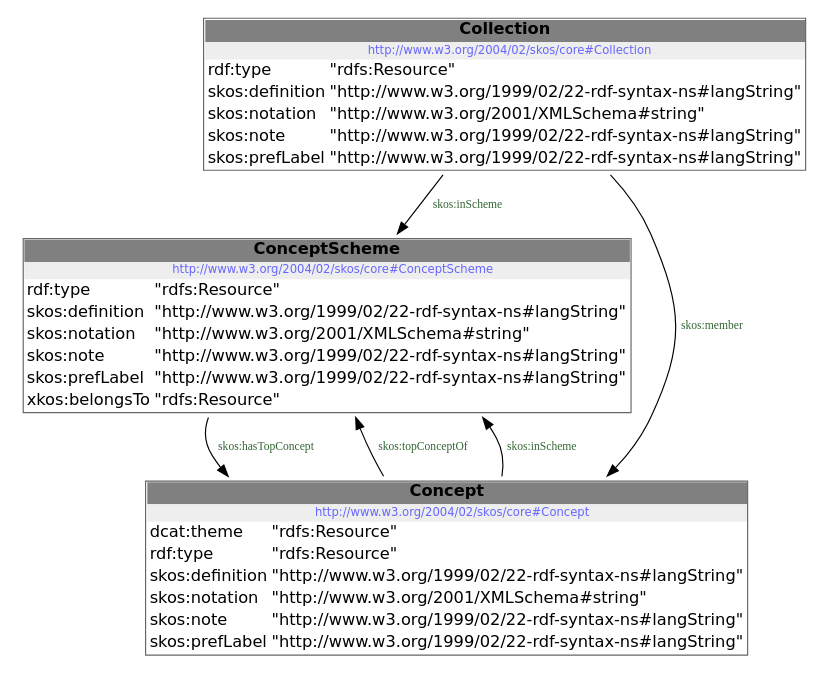
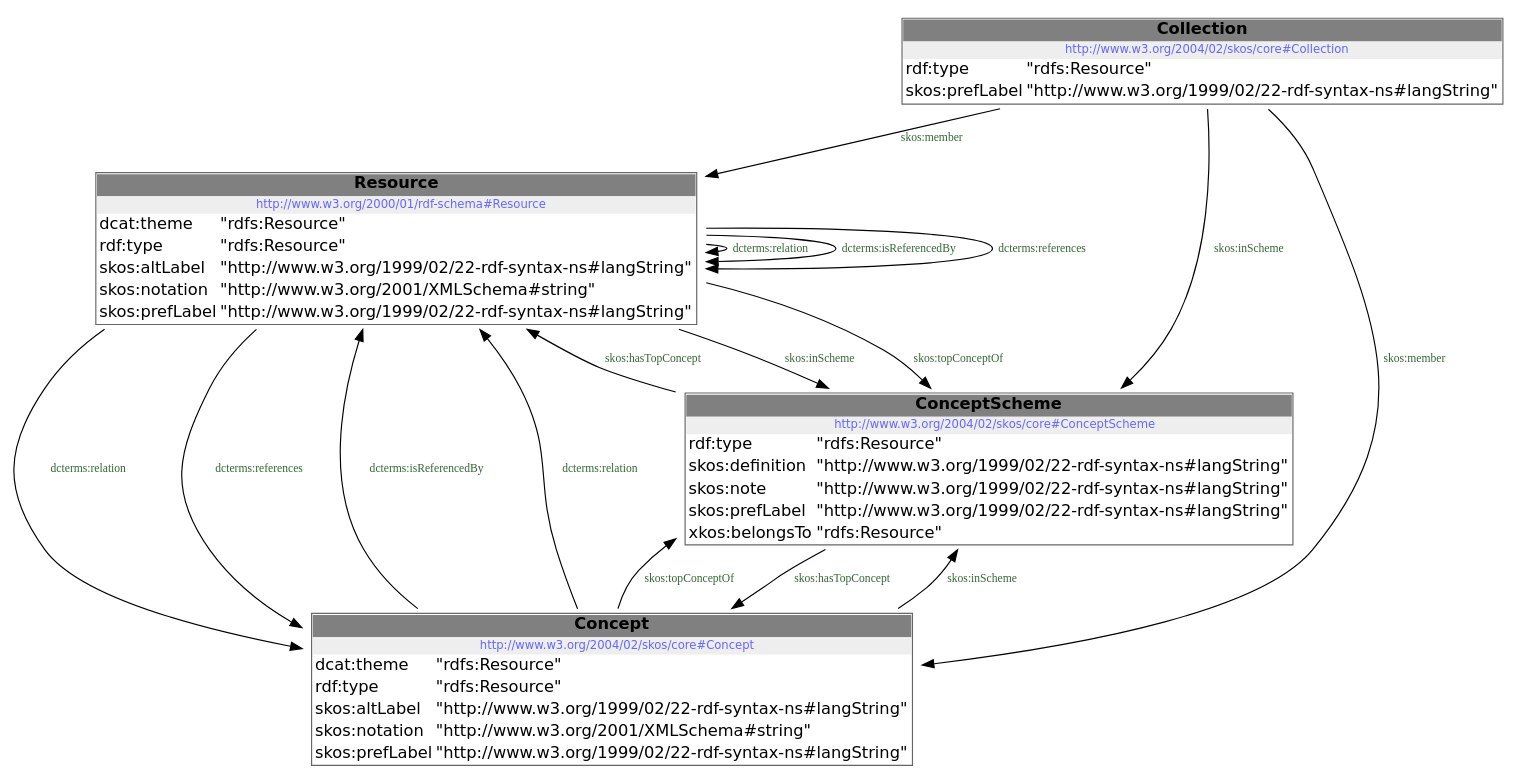
Before and after one commit to milieuinfo/codelijst-bioindicator: the diagram in src/documentation/model.dot, drawn with Graphviz. The commit also changed 3 other files, not shown here.

```diff
--- a/src/documentation/model.dot
+++ b/src/documentation/model.dot
@@ -1,14 +1,27 @@
 digraph { 
  node [ fontname="DejaVu Sans" ] ; 
-	node0 -> node2 [ color=BLACK, label=< <font point-size='10' color='#336633'>skos:inScheme</font> > ] ;
-	node2 -> node1 [ color=BLACK, label=< <font point-size='10' color='#336633'>skos:hasTopConcept</font> > ] ;
-	node0 -> node1 [ color=BLACK, label=< <font point-size='10' color='#336633'>skos:member</font> > ] ;
-	node1 -> node2 [ color=BLACK, label=< <font point-size='10' color='#336633'>skos:topConceptOf</font> > ] ;
-	node1 -> node2 [ color=BLACK, label=< <font point-size='10' color='#336633'>skos:inScheme</font> > ] ;
-# http://www.w3.org/2004/02/skos/core#Collection node0
-node0 [ shape=none, color=black label=< <table color='#666666' cellborder='0' cellspacing='0' border='1'><tr><td colspan='2' bgcolor='grey'><B>Collection</B></td></tr><tr><td href='http://www.w3.org/2004/02/skos/core#Collection' bgcolor='#eeeeee' colspan='2'><font point-size='10' color='#6666ff'>http://www.w3.org/2004/02/skos/core#Collection</font></td></tr><tr><td align='left'>rdf:type</td><td align='left'>&quot;rdfs:Resource&quot;</td></tr><tr><td align='left'>skos:definition</td><td align='left'>&quot;http://www.w3.org/1999/02/22-rdf-syntax-ns#langString&quot;</td></tr><tr><td align='left'>skos:notation</td><td align='left'>&quot;http://www.w3.org/2001/XMLSchema#string&quot;</td></tr><tr><td align='left'>skos:note</td><td align='left'>&quot;http://www.w3.org/1999/02/22-rdf-syntax-ns#langString&quot;</td></tr><tr><td align='left'>skos:prefLabel</td><td align='left'>&quot;http://www.w3.org/1999/02/22-rdf-syntax-ns#langString&quot;</td></tr></table> > ] 
-# http://www.w3.org/2004/02/skos/core#Concept node1
-node1 [ shape=none, color=black label=< <table color='#666666' cellborder='0' cellspacing='0' border='1'><tr><td colspan='2' bgcolor='grey'><B>Concept</B></td></tr><tr><td href='http://www.w3.org/2004/02/skos/core#Concept' bgcolor='#eeeeee' colspan='2'><font point-size='10' color='#6666ff'>http://www.w3.org/2004/02/skos/core#Concept</font></td></tr><tr><td align='left'>dcat:theme</td><td align='left'>&quot;rdfs:Resource&quot;</td></tr><tr><td align='left'>rdf:type</td><td align='left'>&quot;rdfs:Resource&quot;</td></tr><tr><td align='left'>skos:definition</td><td align='left'>&quot;http://www.w3.org/1999/02/22-rdf-syntax-ns#langString&quot;</td></tr><tr><td align='left'>skos:notation</td><td align='left'>&quot;http://www.w3.org/2001/XMLSchema#string&quot;</td></tr><tr><td align='left'>skos:note</td><td align='left'>&quot;http://www.w3.org/1999/02/22-rdf-syntax-ns#langString&quot;</td></tr><tr><td align='left'>skos:prefLabel</td><td align='left'>&quot;http://www.w3.org/1999/02/22-rdf-syntax-ns#langString&quot;</td></tr></table> > ] 
-# http://www.w3.org/2004/02/skos/core#ConceptScheme node2
-node2 [ shape=none, color=black label=< <table color='#666666' cellborder='0' cellspacing='0' border='1'><tr><td colspan='2' bgcolor='grey'><B>ConceptScheme</B></td></tr><tr><td href='http://www.w3.org/2004/02/skos/core#ConceptScheme' bgcolor='#eeeeee' colspan='2'><font point-size='10' color='#6666ff'>http://www.w3.org/2004/02/skos/core#ConceptScheme</font></td></tr><tr><td align='left'>rdf:type</td><td align='left'>&quot;rdfs:Resource&quot;</td></tr><tr><td align='left'>skos:definition</td><td align='left'>&quot;http://www.w3.org/1999/02/22-rdf-syntax-ns#langString&quot;</td></tr><tr><td align='left'>skos:notation</td><td align='left'>&quot;http://www.w3.org/2001/XMLSchema#string&quot;</td></tr><tr><td align='left'>skos:note</td><td align='left'>&quot;http://www.w3.org/1999/02/22-rdf-syntax-ns#langString&quot;</td></tr><tr><td align='left'>skos:prefLabel</td><td align='left'>&quot;http://www.w3.org/1999/02/22-rdf-syntax-ns#langString&quot;</td></tr><tr><td align='left'>xkos:belongsTo</td><td align='left'>&quot;rdfs:Resource&quot;</td></tr></table> > ] 
+	node1 -> node0 [ color=BLACK, label=< <font point-size='10' color='#336633'>skos:inScheme</font> > ] ;
+	node2 -> node1 [ color=BLACK, label=< <font point-size='10' color='#336633'>skos:member</font> > ] ;
+	node1 -> node1 [ color=BLACK, label=< <font point-size='10' color='#336633'>dcterms:relation</font> > ] ;
+	node1 -> node1 [ color=BLACK, label=< <font point-size='10' color='#336633'>dcterms:isReferencedBy</font> > ] ;
+	node2 -> node3 [ color=BLACK, label=< <font point-size='10' color='#336633'>skos:member</font> > ] ;
+	node1 -> node3 [ color=BLACK, label=< <font point-size='10' color='#336633'>dcterms:relation</font> > ] ;
+	node1 -> node1 [ color=BLACK, label=< <font point-size='10' color='#336633'>dcterms:references</font> > ] ;
+	node1 -> node0 [ color=BLACK, label=< <font point-size='10' color='#336633'>skos:topConceptOf</font> > ] ;
+	node3 -> node0 [ color=BLACK, label=< <font point-size='10' color='#336633'>skos:inScheme</font> > ] ;
+	node3 -> node1 [ color=BLACK, label=< <font point-size='10' color='#336633'>dcterms:isReferencedBy</font> > ] ;
+	node1 -> node3 [ color=BLACK, label=< <font point-size='10' color='#336633'>dcterms:references</font> > ] ;
+	node0 -> node1 [ color=BLACK, label=< <font point-size='10' color='#336633'>skos:hasTopConcept</font> > ] ;
+	node3 -> node1 [ color=BLACK, label=< <font point-size='10' color='#336633'>dcterms:relation</font> > ] ;
+	node3 -> node0 [ color=BLACK, label=< <font point-size='10' color='#336633'>skos:topConceptOf</font> > ] ;
+	node0 -> node3 [ color=BLACK, label=< <font point-size='10' color='#336633'>skos:hasTopConcept</font> > ] ;
+	node2 -> node0 [ color=BLACK, label=< <font point-size='10' color='#336633'>skos:inScheme</font> > ] ;
+# http://www.w3.org/2004/02/skos/core#ConceptScheme node0
+node0 [ shape=none, color=black label=< <table color='#666666' cellborder='0' cellspacing='0' border='1'><tr><td colspan='2' bgcolor='grey'><B>ConceptScheme</B></td></tr><tr><td href='http://www.w3.org/2004/02/skos/core#ConceptScheme' bgcolor='#eeeeee' colspan='2'><font point-size='10' color='#6666ff'>http://www.w3.org/2004/02/skos/core#ConceptScheme</font></td></tr><tr><td align='left'>rdf:type</td><td align='left'>&quot;rdfs:Resource&quot;</td></tr><tr><td align='left'>skos:definition</td><td align='left'>&quot;http://www.w3.org/1999/02/22-rdf-syntax-ns#langString&quot;</td></tr><tr><td align='left'>skos:note</td><td align='left'>&quot;http://www.w3.org/1999/02/22-rdf-syntax-ns#langString&quot;</td></tr><tr><td align='left'>skos:prefLabel</td><td align='left'>&quot;http://www.w3.org/1999/02/22-rdf-syntax-ns#langString&quot;</td></tr><tr><td align='left'>xkos:belongsTo</td><td align='left'>&quot;rdfs:Resource&quot;</td></tr></table> > ] 
+# http://www.w3.org/2000/01/rdf-schema#Resource node1
+node1 [ shape=none, color=black label=< <table color='#666666' cellborder='0' cellspacing='0' border='1'><tr><td colspan='2' bgcolor='grey'><B>Resource</B></td></tr><tr><td href='http://www.w3.org/2000/01/rdf-schema#Resource' bgcolor='#eeeeee' colspan='2'><font point-size='10' color='#6666ff'>http://www.w3.org/2000/01/rdf-schema#Resource</font></td></tr><tr><td align='left'>dcat:theme</td><td align='left'>&quot;rdfs:Resource&quot;</td></tr><tr><td align='left'>rdf:type</td><td align='left'>&quot;rdfs:Resource&quot;</td></tr><tr><td align='left'>skos:altLabel</td><td align='left'>&quot;http://www.w3.org/1999/02/22-rdf-syntax-ns#langString&quot;</td></tr><tr><td align='left'>skos:notation</td><td align='left'>&quot;http://www.w3.org/2001/XMLSchema#string&quot;</td></tr><tr><td align='left'>skos:prefLabel</td><td align='left'>&quot;http://www.w3.org/1999/02/22-rdf-syntax-ns#langString&quot;</td></tr></table> > ] 
+# http://www.w3.org/2004/02/skos/core#Collection node2
+node2 [ shape=none, color=black label=< <table color='#666666' cellborder='0' cellspacing='0' border='1'><tr><td colspan='2' bgcolor='grey'><B>Collection</B></td></tr><tr><td href='http://www.w3.org/2004/02/skos/core#Collection' bgcolor='#eeeeee' colspan='2'><font point-size='10' color='#6666ff'>http://www.w3.org/2004/02/skos/core#Collection</font></td></tr><tr><td align='left'>rdf:type</td><td align='left'>&quot;rdfs:Resource&quot;</td></tr><tr><td align='left'>skos:prefLabel</td><td align='left'>&quot;http://www.w3.org/1999/02/22-rdf-syntax-ns#langString&quot;</td></tr></table> > ] 
+# http://www.w3.org/2004/02/skos/core#Concept node3
+node3 [ shape=none, color=black label=< <table color='#666666' cellborder='0' cellspacing='0' border='1'><tr><td colspan='2' bgcolor='grey'><B>Concept</B></td></tr><tr><td href='http://www.w3.org/2004/02/skos/core#Concept' bgcolor='#eeeeee' colspan='2'><font point-size='10' color='#6666ff'>http://www.w3.org/2004/02/skos/core#Concept</font></td></tr><tr><td align='left'>dcat:theme</td><td align='left'>&quot;rdfs:Resource&quot;</td></tr><tr><td align='left'>rdf:type</td><td align='left'>&quot;rdfs:Resource&quot;</td></tr><tr><td align='left'>skos:altLabel</td><td align='left'>&quot;http://www.w3.org/1999/02/22-rdf-syntax-ns#langString&quot;</td></tr><tr><td align='left'>skos:notation</td><td align='left'>&quot;http://www.w3.org/2001/XMLSchema#string&quot;</td></tr><tr><td align='left'>skos:prefLabel</td><td align='left'>&quot;http://www.w3.org/1999/02/22-rdf-syntax-ns#langString&quot;</td></tr></table> > ] 
 }
```
